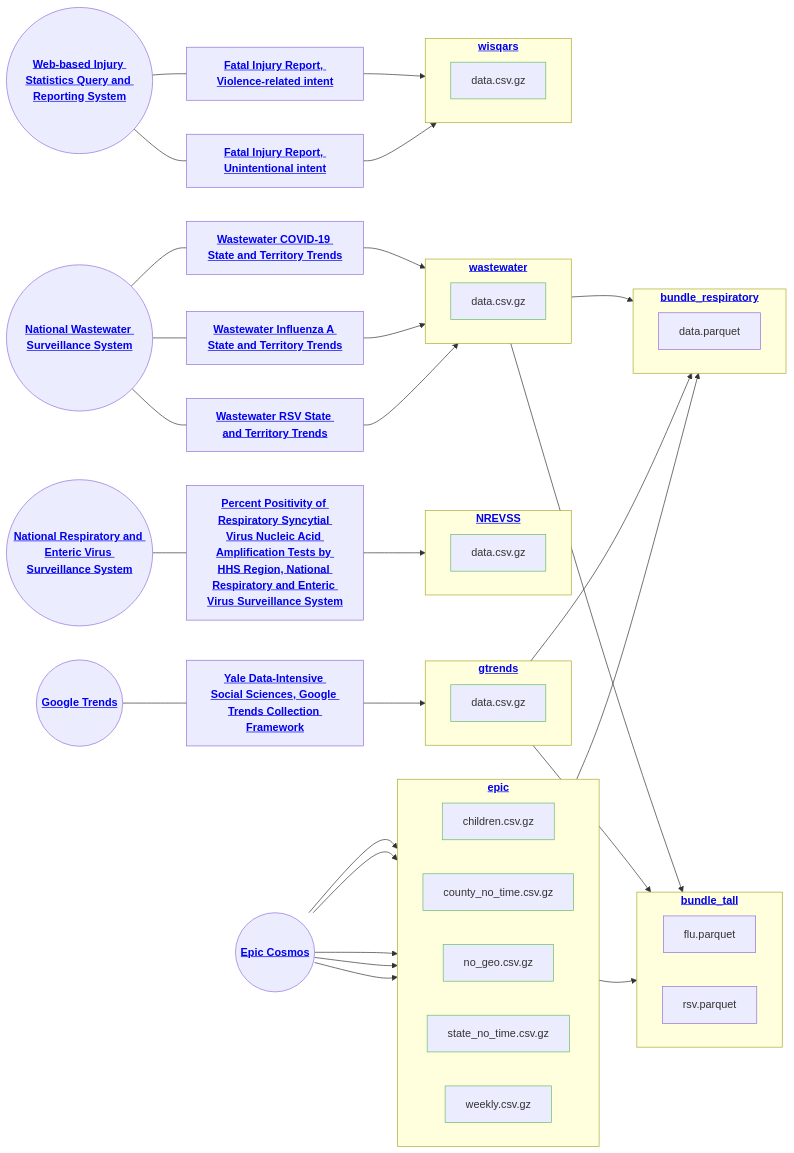
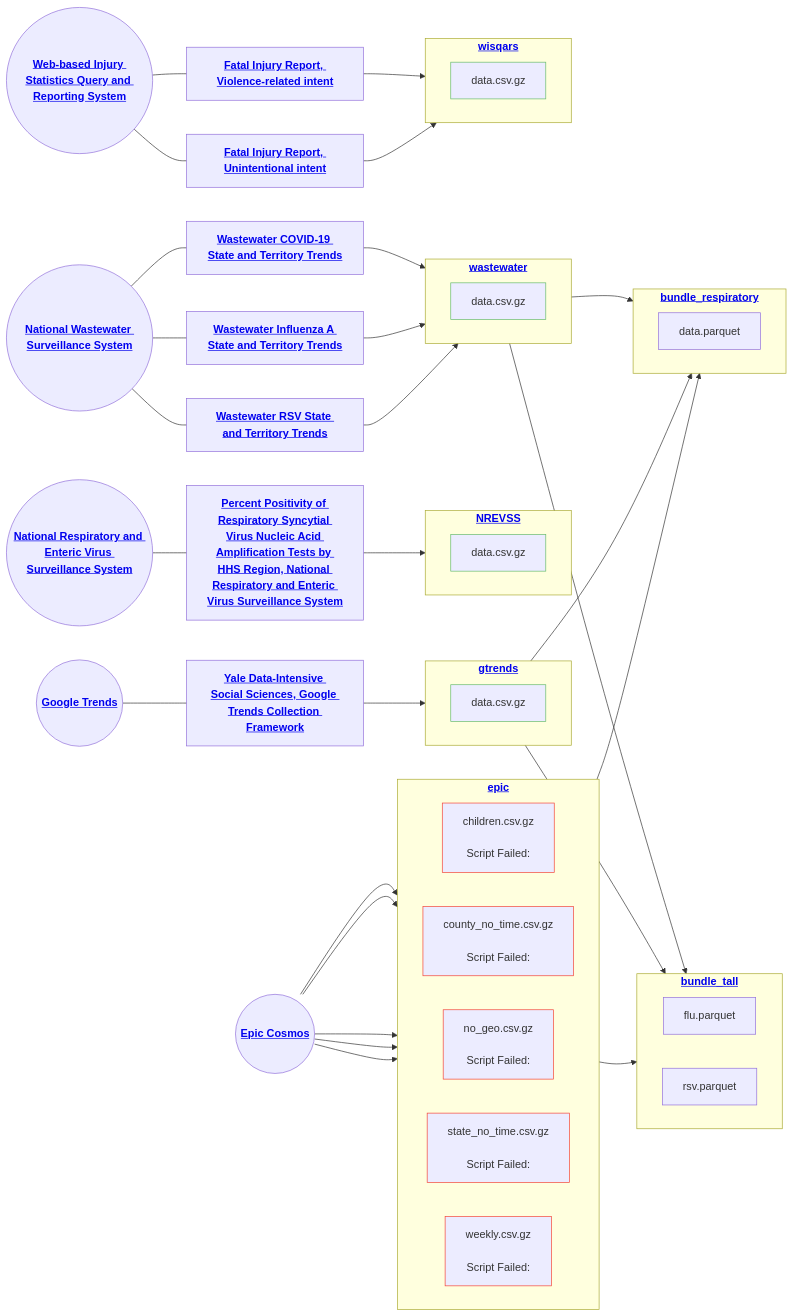
The diagram in status.md (DISSC-yale/pophive_demo), drawn with Mermaid before and after one commit. The commit also changed 15 other files, not shown here.

````diff
--- a/status.md
+++ b/status.md
@@ -1,69 +1,69 @@
 ```mermaid
 flowchart LR
     classDef pass stroke:#66bb6a
     classDef warn stroke:#ffa726
     classDef fail stroke:#f44336
     s0(("<strong><a href="https://cosmos.epic.com" target="_blank" rel="noreferrer">Epic Cosmos</a></strong>"))
     s1(("<strong><a href="https://trends.google.com" target="_blank" rel="noreferrer">Google Trends</a></strong>"))
     s3(("<strong><a href="https://www.cdc.gov/nrevss" target="_blank" rel="noreferrer">National Respiratory and Enteric Virus Surveillance System</a></strong>"))
     s5(("<strong><a href="https://www.cdc.gov/nwss" target="_blank" rel="noreferrer">National Wastewater Surveillance System</a></strong>"))
     s9(("<strong><a href="https://wisqars.cdc.gov/" target="_blank" rel="noreferrer">Web-based Injury Statistics Query and Reporting System</a></strong>"))
     subgraph epic["`<strong><a href="https://github.com/dissc-yale/pophive_demo/tree/main/data/epic" target="_blank" rel="noreferrer">epic</a></strong>`"]
         direction LR
-        n1["`children.csv.gz`"]:::pass
-        n2["`county_no_time.csv.gz`"]:::pass
-        n3["`no_geo.csv.gz`"]:::pass
-        n4["`state_no_time.csv.gz`"]:::pass
-        n5["`weekly.csv.gz`"]:::pass
+        n1["`children.csv.gz<br /><br />Script Failed:<br />`"]:::fail
+        n2["`county_no_time.csv.gz<br /><br />Script Failed:<br />`"]:::fail
+        n3["`no_geo.csv.gz<br /><br />Script Failed:<br />`"]:::fail
+        n4["`state_no_time.csv.gz<br /><br />Script Failed:<br />`"]:::fail
+        n5["`weekly.csv.gz<br /><br />Script Failed:<br />`"]:::fail
     end
     subgraph gtrends["`<strong><a href="https://github.com/dissc-yale/pophive_demo/tree/main/data/gtrends" target="_blank" rel="noreferrer">gtrends</a></strong>`"]
         direction LR
         n6["`data.csv.gz`"]:::pass
     end
     subgraph NREVSS["`<strong><a href="https://github.com/dissc-yale/pophive_demo/tree/main/data/NREVSS" target="_blank" rel="noreferrer">NREVSS</a></strong>`"]
         direction LR
         n7["`data.csv.gz`"]:::pass
     end
     subgraph wastewater["`<strong><a href="https://github.com/dissc-yale/pophive_demo/tree/main/data/wastewater" target="_blank" rel="noreferrer">wastewater</a></strong>`"]
         direction LR
         n8["`data.csv.gz`"]:::pass
     end
     subgraph wisqars["`<strong><a href="https://github.com/dissc-yale/pophive_demo/tree/main/data/wisqars" target="_blank" rel="noreferrer">wisqars</a></strong>`"]
         direction LR
         n9["`data.csv.gz`"]:::pass
     end
     subgraph bundle_respiratory["`<strong><a href="https://github.com/dissc-yale/pophive_demo/tree/main/data/bundle_respiratory" target="_blank" rel="noreferrer">bundle_respiratory</a></strong>`"]
         direction LR
         n10["`data.parquet`"]
     end
     subgraph bundle_tall["`<strong><a href="https://github.com/dissc-yale/pophive_demo/tree/main/data/bundle_tall" target="_blank" rel="noreferrer">bundle_tall</a></strong>`"]
         direction LR
         n11["`flu.parquet`"]
         n12["`rsv.parquet`"]
     end
     s0 --> n1
     s0 --> n2
     s0 --> n3
     s0 --> n4
     s0 --> n5
     s1---s2["<strong><a href="https://github.com/DISSC-yale/gtrends_collection" target="_blank" rel="noreferrer">Yale Data-Intensive Social Sciences, Google Trends Collection Framework</a></strong>"]
     s2 --> n6
     s3---s4["<strong><a href="https://data.cdc.gov/resource/3cxc-4k8q" target="_blank" rel="noreferrer">Percent Positivity of Respiratory Syncytial Virus Nucleic Acid Amplification Tests by HHS Region, National Respiratory and Enteric Virus Surveillance System</a></strong>"]
     s4 --> n7
     s5---s6["<strong><a href="https://www.cdc.gov/nwss/rv/COVID19-statetrend.html" target="_blank" rel="noreferrer">Wastewater COVID-19 State and Territory Trends</a></strong>"]
     s6 --> n8
     s5---s7["<strong><a href="https://www.cdc.gov/nwss/rv/InfluenzaA-statetrend.html" target="_blank" rel="noreferrer">Wastewater Influenza A State and Territory Trends</a></strong>"]
     s7 --> n8
     s5---s8["<strong><a href="https://www.cdc.gov/nwss/rv/RSV-statetrend.html" target="_blank" rel="noreferrer">Wastewater RSV State and Territory Trends</a></strong>"]
     s8 --> n8
     s9---s10["<strong><a href="https://wisqars.cdc.gov/reports/?o=MORT&i=8&m=20810&s=0&r=0&ry=2&y1=2018&y2=2023&a=ALL&g1=0&g2=199&a1=0&a2=199&r1=MECH&r2=AGEGP&r3=STATE&r4=YEAR&r5=NONE&r6=NONE&g=00&e=0&yp=65&me=0&t=0" target="_blank" rel="noreferrer">Fatal Injury Report, Violence-related intent</a></strong>"]
     s10 --> n9
     s9---s11["<strong><a href="https://wisqars.cdc.gov/reports/?o=MORT&i=1&m=20810&s=0&r=0&ry=2&y1=2018&y2=2023&a=ALL&g1=0&g2=199&a1=0&a2=199&r1=MECH&r2=AGEGP&r3=STATE&r4=YEAR&r5=NONE&r6=NONE&g=00&e=0&yp=65&me=0&t=0" target="_blank" rel="noreferrer">Fatal Injury Report, Unintentional intent</a></strong>"]
     s11 --> n9
     n5 --> bundle_respiratory
     n6 --> bundle_respiratory
     n8 --> bundle_respiratory
     n5 --> bundle_tall
     n6 --> bundle_tall
     n8 --> bundle_tall
 ```
````
